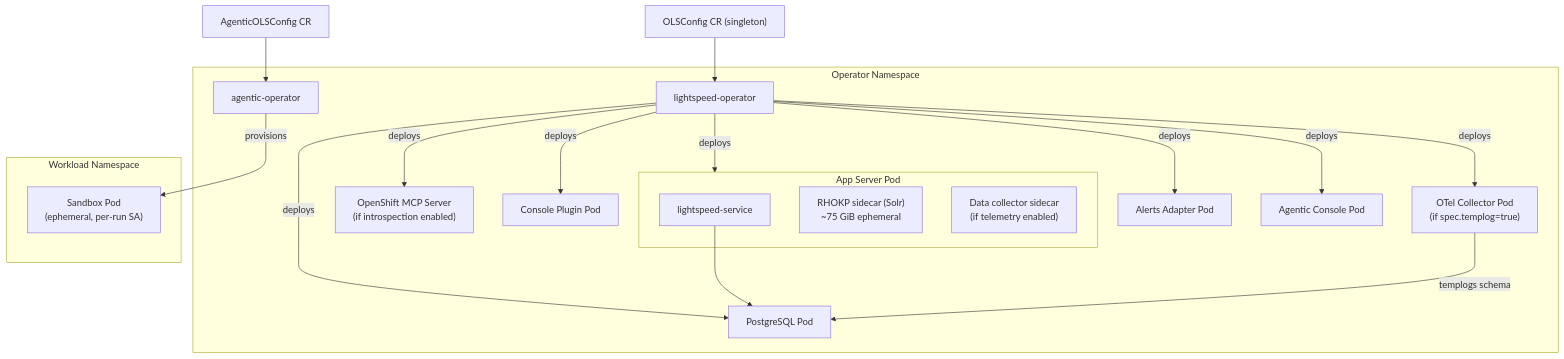
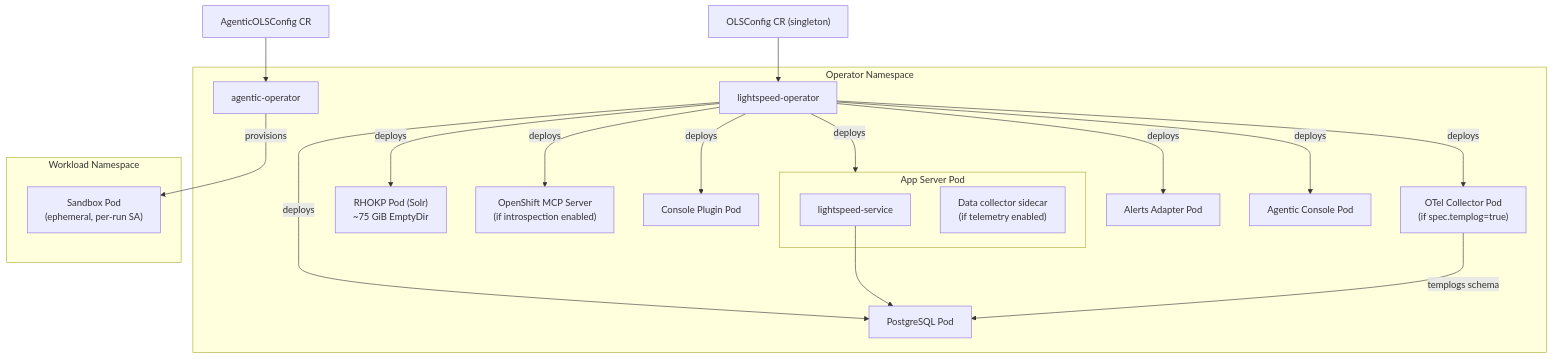
One commit to onmete/ols changed the sixth of 8 diagrams in ARCHITECTURE.md. Above: the diagram before and after it, drawn with Mermaid. The commit also changed other lines of this file, not shown here.

Commit message:
OLS-0000 Improve ARCHITECTURE.md intro and fix stale RHOKP sidecar references

````diff
--- a/ARCHITECTURE.md
+++ b/ARCHITECTURE.md
@@ -277,42 +300,43 @@
 ```mermaid
 graph TB
     CR["OLSConfig CR (singleton)"]
     ACR["AgenticOLSConfig CR"]
 
     subgraph operator_ns ["Operator Namespace"]
         op["lightspeed-operator"]
         agentic_op["agentic-operator"]
 
         subgraph app_pod ["App Server Pod"]
             app[lightspeed-service]
-            rhokp["RHOKP sidecar (Solr)<br/>~75 GiB ephemeral"]
             dc_sidecar["Data collector sidecar<br/>(if telemetry enabled)"]
         end
 
+        rhokp_pod["RHOKP Pod (Solr)<br/>~75 GiB EmptyDir"]
         mcp_pod["OpenShift MCP Server<br/>(if introspection enabled)"]
         console_pod[Console Plugin Pod]
         pg_pod["PostgreSQL Pod"]
         otel_pod["OTel Collector Pod<br/>(if spec.templog=true)"]
 
         adapter_pod["Alerts Adapter Pod"]
         agentic_console_pod[Agentic Console Pod]
     end
 
     subgraph workload_ns ["Workload Namespace"]
         sandbox_pod["Sandbox Pod<br/>(ephemeral, per-run SA)"]
     end
 
     CR --> op
     ACR --> agentic_op
     op -->|deploys| app_pod
     op -->|deploys| console_pod
     op -->|deploys| pg_pod
+    op -->|deploys| rhokp_pod
     op -->|deploys| mcp_pod
     op -->|deploys| otel_pod
     op -->|deploys| adapter_pod
     op -->|deploys| agentic_console_pod
     agentic_op -->|provisions| sandbox_pod
 
     app --> pg_pod
     otel_pod -->|"templogs schema"| pg_pod
 ```
````
